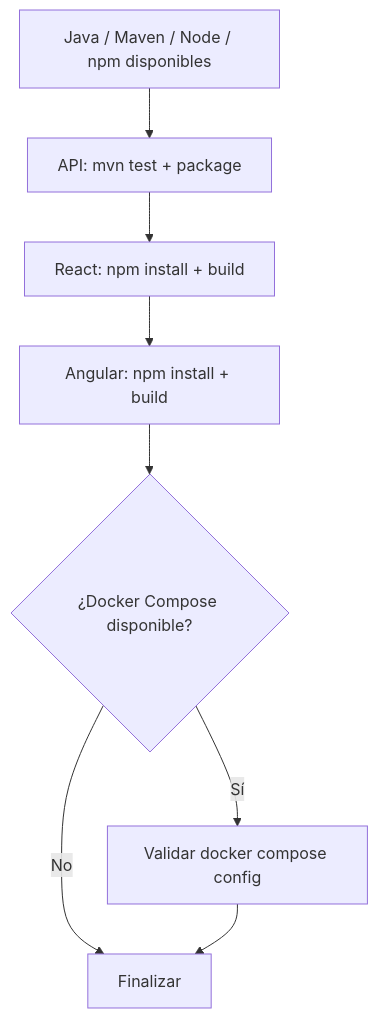
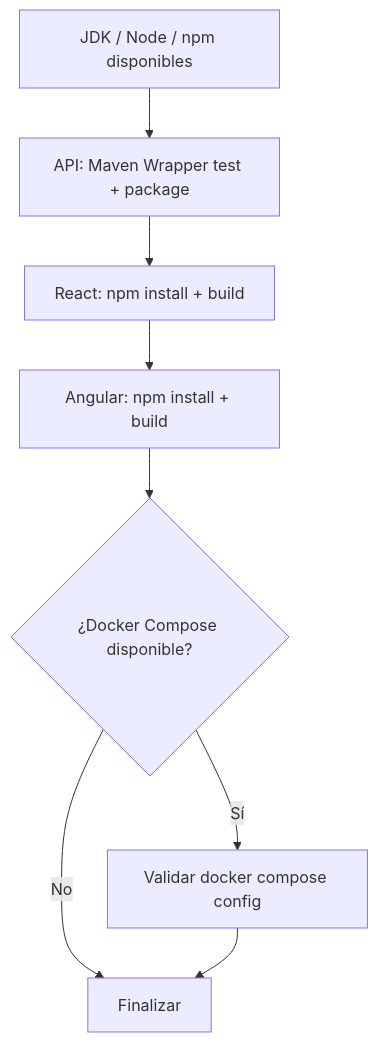
The fourth of 4 diagrams in README.md (cmartinezs/DSY1107-EV1-IMPL), drawn with Mermaid before and after one commit. The commit also changed other lines of this file, not shown here.

Commit message:
docs: document Maven Wrapper as the API build contract

````diff
--- a/README.md
+++ b/README.md
@@ -96,10 +98,10 @@
 ```mermaid
 flowchart TD
-    Env[Java / Maven / Node / npm disponibles] --> API[API: mvn test + package]
+    Env[JDK / Node / npm disponibles] --> API[API: Maven Wrapper test + package]
     API --> React[React: npm install + build]
     React --> Angular[Angular: npm install + build]
     Angular --> Docker{¿Docker Compose disponible?}
     Docker -- Sí --> Compose[Validar docker compose config]
     Docker -- No --> Done[Finalizar]
     Compose --> Done
 ```
````
